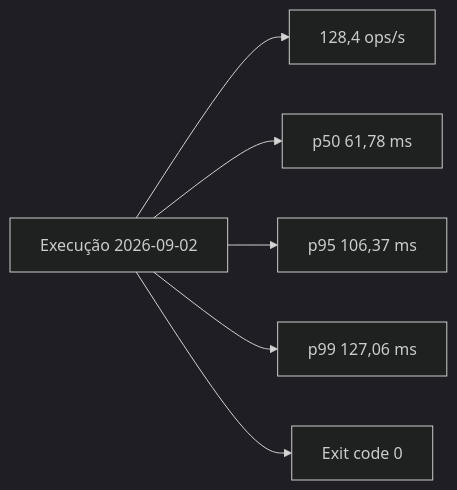
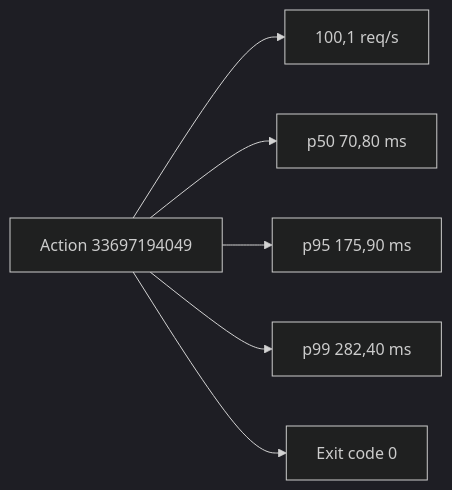
Before and after one commit to renansko/jugle-gaming-test: the seventh of 7 diagrams in evidencias/carga-curta.md, drawn with Mermaid (dark theme). The commit also changed other lines of this file and 11 other files, not shown here.

````diff
--- a/evidencias/carga-curta.md
+++ b/evidencias/carga-curta.md
@@ -88,8 +88,8 @@
 ```mermaid
 flowchart LR
-    Run["Execução 2026-09-02"] --> Rate["128,4 ops/s"]
-    Run --> P50["p50 61,78 ms"]
-    Run --> P95["p95 106,37 ms"]
-    Run --> P99["p99 127,06 ms"]
+    Run["Action 33697194049"] --> Rate["100,1 req/s"]
+    Run --> P50["p50 70,80 ms"]
+    Run --> P95["p95 175,90 ms"]
+    Run --> P99["p99 282,40 ms"]
     Run --> Exit["Exit code 0"]
 ```
````
